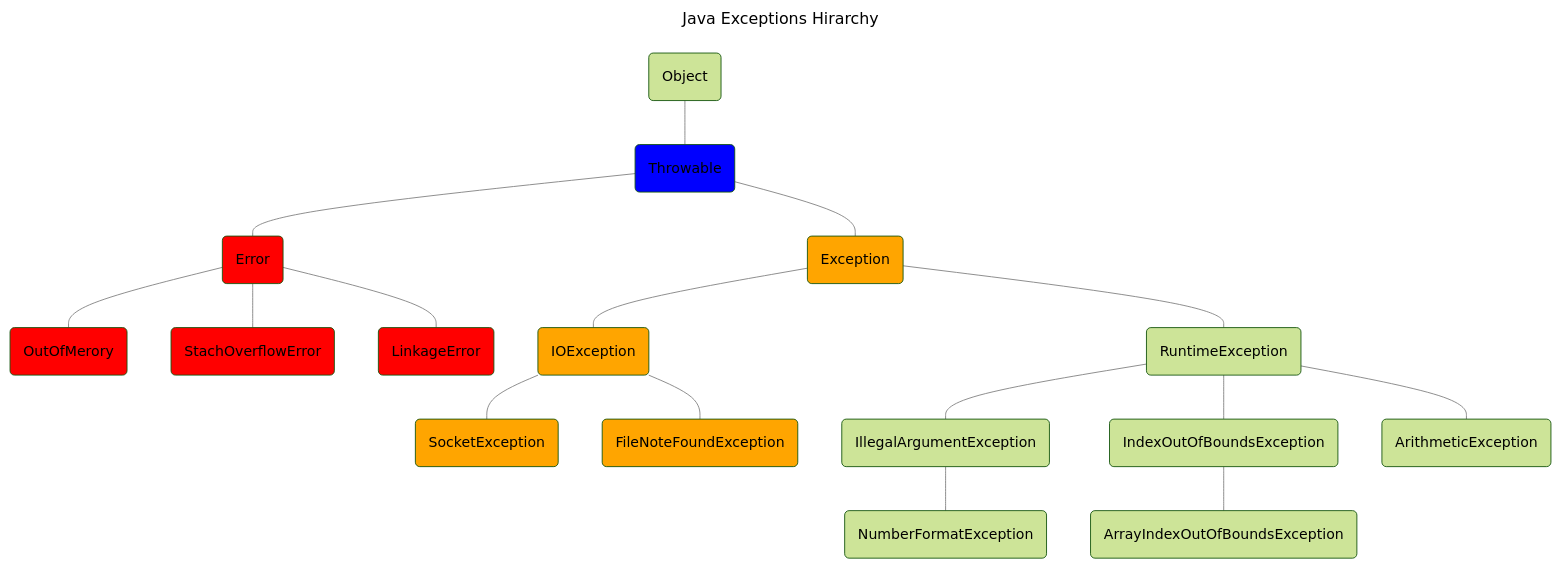
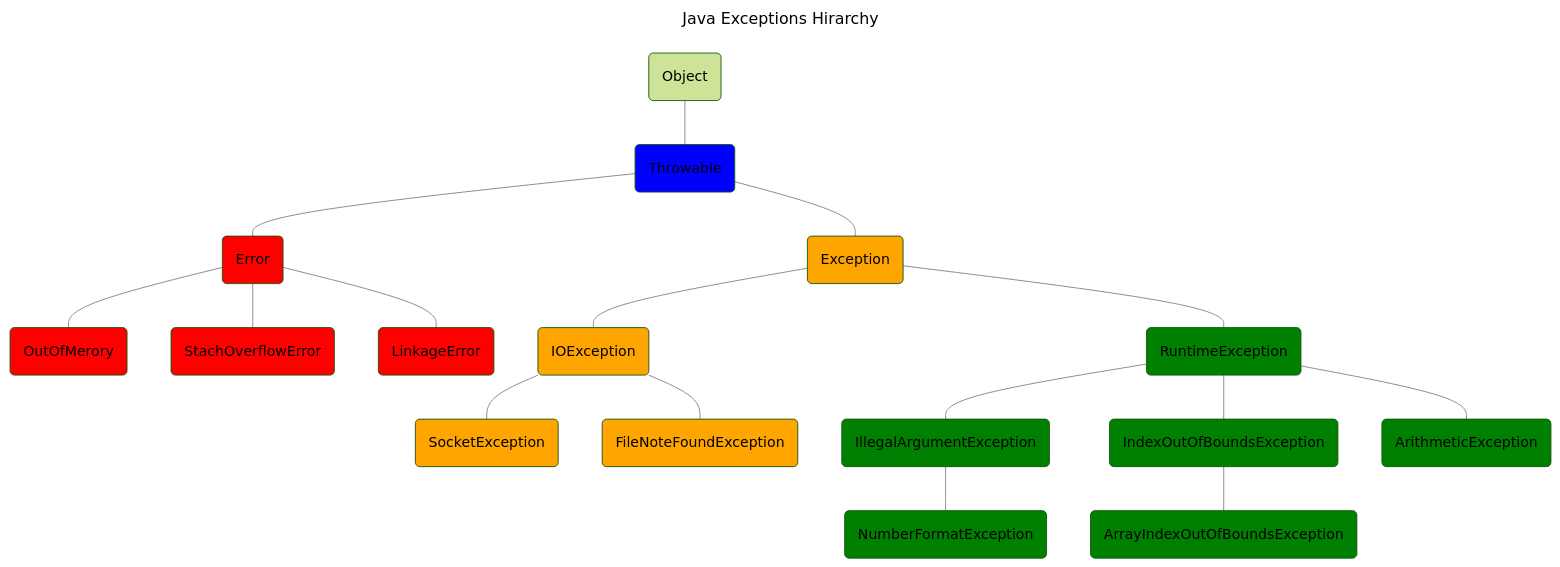
Before and after one commit to daverbk/jmc: the diagram in 18-io/readme.md, drawn with Mermaid (forest theme). The commit also changed other lines of this file and 3 other files, not shown here.

````diff
--- a/18-io/readme.md
+++ b/18-io/readme.md
@@ -5,50 +15,50 @@
 ```mermaid
 ---
 title: Java Exceptions Hirarchy
 ---
 graph TD
     0(Object)
     1(Throwable)
     2(Error)
     3(OutOfMerory)
     4(StachOverflowError)
     5(LinkageError)
     6(Exception)
     7(IOException)
     8(SocketException)
     9(FileNoteFoundException)
     10(RuntimeException)
     11(IllegalArgumentException)
     12(NumberFormatException)
     13(IndexOutOfBoundsException)
     14(ArrayIndexOutOfBoundsException)
     15(ArithmeticException)
     
     0 --- 1
     1 --- 6
     1 --- 2
     2 --- 3
     2 --- 4
     2 --- 5
     6 --- 7
     7 --- 8
     7 --- 9
     6 --- 10
     10 --- 11
     11 --- 12
     10 --- 13
     13 --- 14
     10 --- 15
     
     classDef Red fill:#FF0000;
     classDef Amber	fill:#FFA500;
-    classDef Green fill:#008000F;
+    classDef Green fill:#008000;
     classDef Blue fill:#0000FF;
 
     class 1 Blue;
     class 2,3,4,5 Red;
     class 10,11,12,13,14,15 Green;
     class 6,7,8,9 Amber;
 
     linkStyle default fill: none, stroke: grey;
 ```
````
